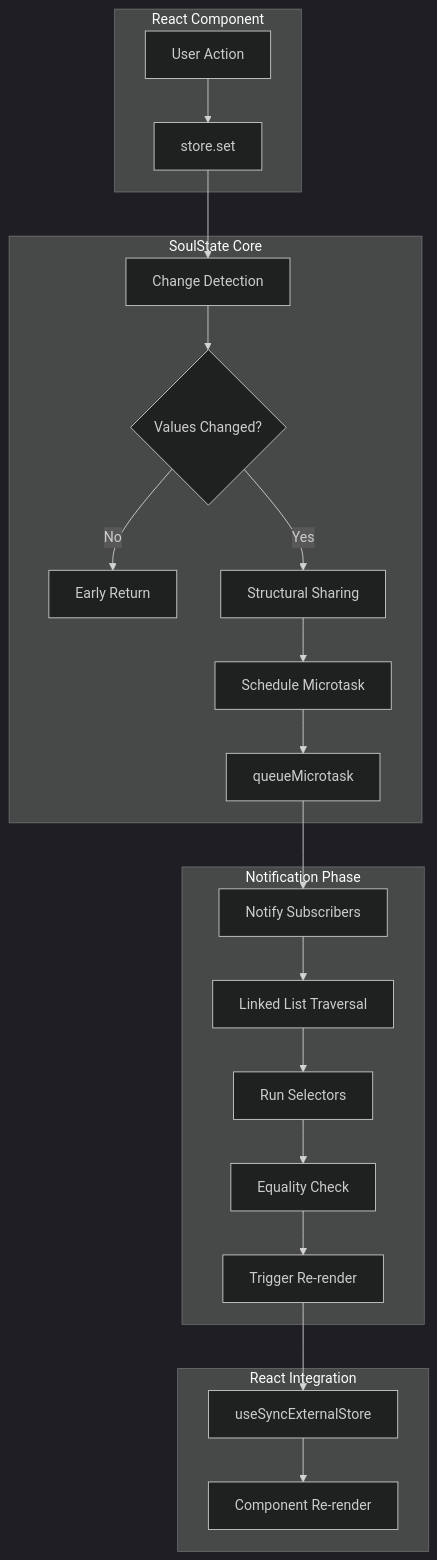
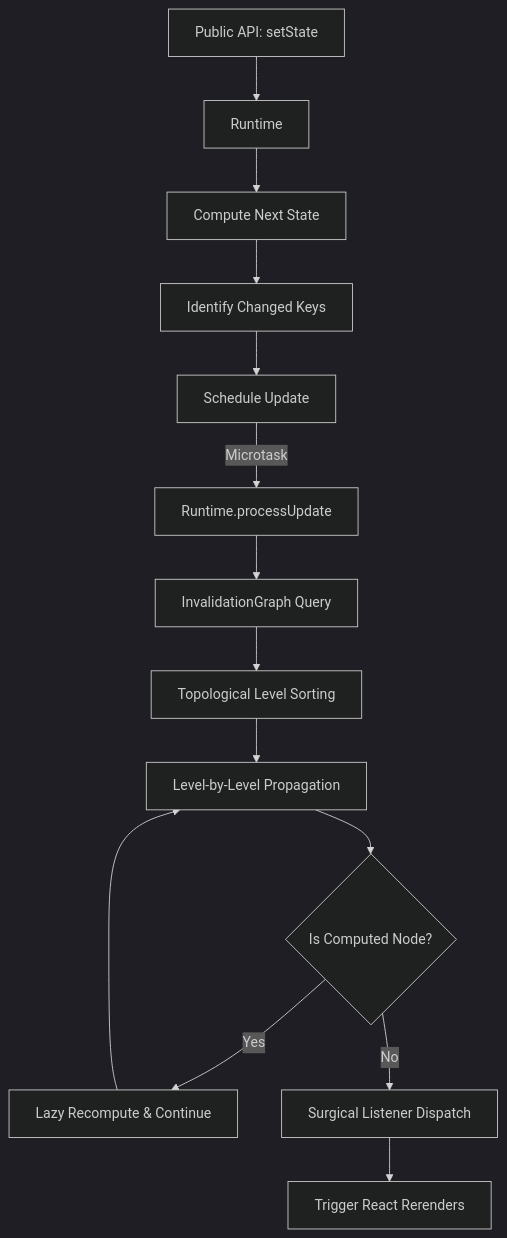
The diagram in documentation/docs/advanced/architecture.mdx (kasihagustinusT/soulstate), drawn with Mermaid (dark theme) before and after one commit. The commit also changed other lines of this file and 120 other files, not shown here.

````diff
--- a/documentation/docs/advanced/architecture.mdx
+++ b/documentation/docs/advanced/architecture.mdx
@@ -24,28 +26,16 @@
 ```mermaid
 graph TD
-    subgraph React Component
-        A[User Action] --> B[store.set];
-    end
-    
-    subgraph SoulState Core
-        B --> C[Change Detection];
-        C --> D{Values Changed?};
-        D -->|No| E[Early Return];
-        D -->|Yes| F[Structural Sharing];
-        F --> G[Schedule Microtask];
-        G --> H[queueMicrotask];
-    end
-    
-    subgraph Notification Phase
-        H --> I[Notify Subscribers];
-        I --> J[Linked List Traversal];
-        J --> K[Run Selectors];
-        K --> L[Equality Check];
-        L --> M[Trigger Re-render];
-    end
-    
-    subgraph React Integration
-        M --> N[useSyncExternalStore];
-        N --> O[Component Re-render];
-    end
+    A[Public API: setState] --> B[Runtime];
+    B --> C[Compute Next State];
+    C --> D[Identify Changed Keys];
+    D --> E[Schedule Update];
+    E -->|Microtask| F[Runtime.processUpdate];
+    F --> G[InvalidationGraph Query];
+    G --> H[Topological Level Sorting];
+    H --> I[Level-by-Level Propagation];
+    I --> J{Is Computed Node?};
+    J -->|Yes| K[Lazy Recompute & Continue];
+    J -->|No| L[Surgical Listener Dispatch];
+    K --> I;
+    L --> M[Trigger React Rerenders];
 ```
````
